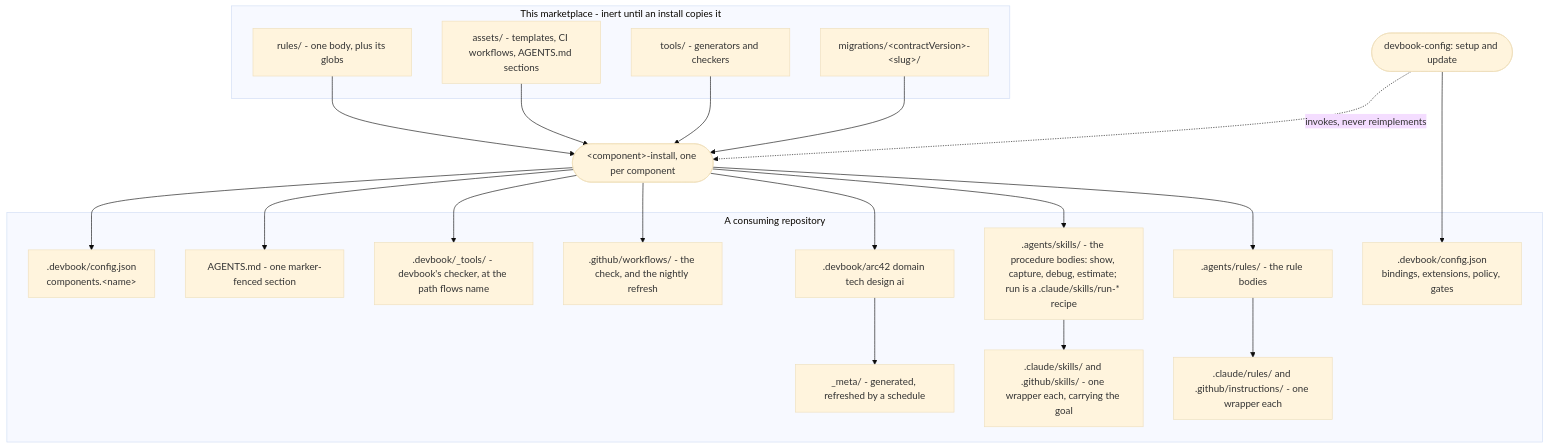
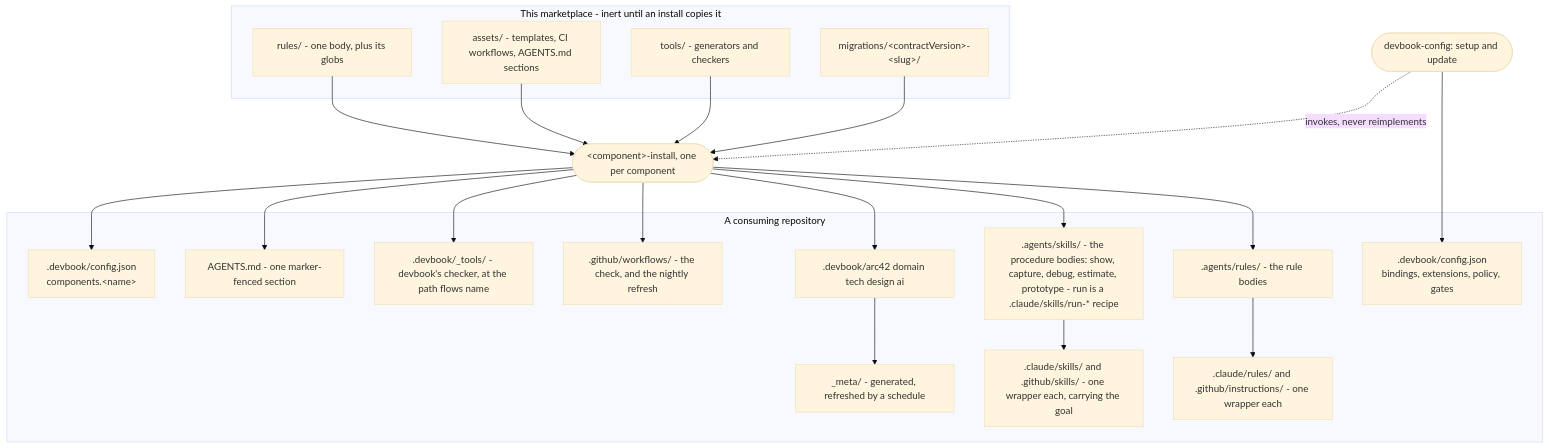
One commit to JSdotNet/ai-agent-stack changed the third of 3 diagrams in .devbook/arc42/05-building-block-view.md. Above: the diagram before and after it, drawn with Mermaid (base theme). The commit also changed 14 other files, not shown here.

First line of the commit message:
devbook-procedures: add the prototype procedure

````diff
--- a/.devbook/arc42/05-building-block-view.md
+++ b/.devbook/arc42/05-building-block-view.md
@@ -213,43 +213,43 @@
 ```mermaid
 flowchart TB
     subgraph mp["This marketplace - inert until an install copies it"]
         pr["rules/ - one body, plus its globs"]
         pa["assets/ - templates, CI workflows, AGENTS.md sections"]
         pt["tools/ - generators and checkers"]
         pm["migrations/&lt;contractVersion&gt;-&lt;slug&gt;/"]
     end
 
     setup(["devbook-config: setup and update"])
     inst(["&lt;component&gt;-install, one per component"])
 
     subgraph repo["A consuming repository"]
         ar[".agents/rules/ - the rule bodies"]
         cw[".claude/rules/ and .github/instructions/ - one wrapper each"]
-        sk[".agents/skills/ - the procedure bodies: show, capture, debug, estimate; run is a .claude/skills/run-* recipe"]
+        sk[".agents/skills/ - the procedure bodies: show, capture, debug, estimate, prototype - run is a .claude/skills/run-* recipe"]
         sw[".claude/skills/ and .github/skills/ - one wrapper each, carrying the goal"]
         folders[".devbook/arc42 domain tech design ai"]
         meta["_meta/ - generated, refreshed by a schedule"]
         wf[".github/workflows/ - the check, and the nightly refresh"]
         tools[".devbook/_tools/ - devbook's checker, at the path flows name"]
         agents["AGENTS.md - one marker-fenced section"]
         cfgE[".devbook/config.json<br/>bindings, extensions, policy, gates"]
         cfgC[".devbook/config.json<br/>components.&lt;name&gt;"]
     end
 
     pr --> inst
     pa --> inst
     pt --> inst
     pm --> inst
     inst --> ar
     ar --> cw
     inst --> sk
     sk --> sw
     inst --> folders
     inst --> wf
     inst --> tools
     inst --> agents
     inst --> cfgC
     setup --> cfgE
     setup -.->|"invokes, never reimplements"| inst
     folders --> meta
 ```
````
